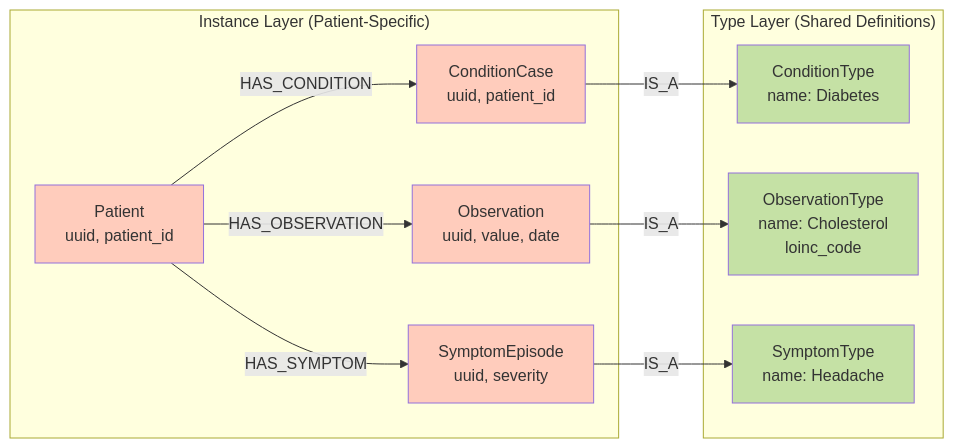
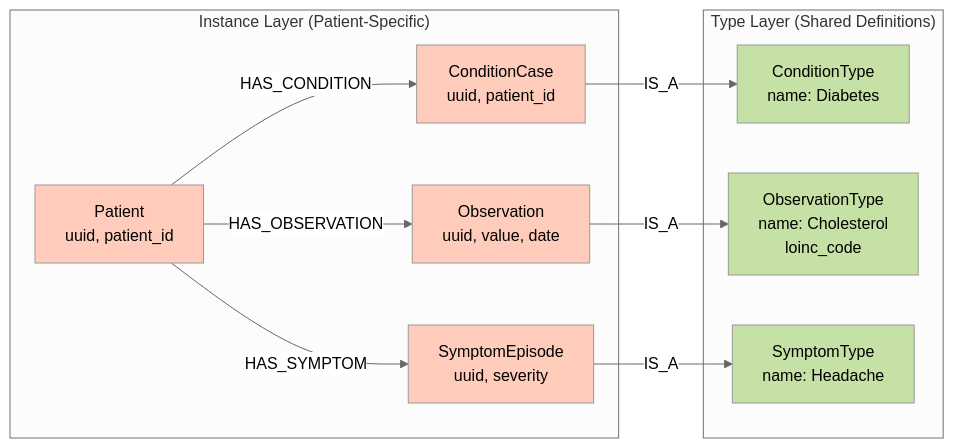
Diagram 17 of 24 in docs/DATAFLOW.md (NumberOne-AI/machina-meta), drawn with Mermaid before and after one commit. The commit also changed other lines of this file and 1 other file, not shown here.

First line of the commit message:
docs: fix Mermaid diagram text readability in dark mode

````diff
--- a/docs/DATAFLOW.md
+++ b/docs/DATAFLOW.md
@@ -918,31 +934,32 @@
 ```mermaid
+%%{init: {'theme':'neutral'}}%%
 graph LR
     subgraph "Instance Layer (Patient-Specific)"
         Patient[Patient<br/>uuid, patient_id]
         CC[ConditionCase<br/>uuid, patient_id]
         Obs[Observation<br/>uuid, value, date]
         SE[SymptomEpisode<br/>uuid, severity]
     end
 
     subgraph "Type Layer (Shared Definitions)"
         CT[ConditionType<br/>name: Diabetes]
         OT[ObservationType<br/>name: Cholesterol<br/>loinc_code]
         ST[SymptomType<br/>name: Headache]
     end
 
     Patient -->|HAS_CONDITION| CC
     Patient -->|HAS_OBSERVATION| Obs
     Patient -->|HAS_SYMPTOM| SE
 
     CC -->|IS_A| CT
     Obs -->|IS_A| OT
     SE -->|IS_A| ST
 
     style Patient fill:#ffccbc
     style CC fill:#ffccbc
     style Obs fill:#ffccbc
     style SE fill:#ffccbc
     style CT fill:#c5e1a5
     style OT fill:#c5e1a5
     style ST fill:#c5e1a5
 ```
````
